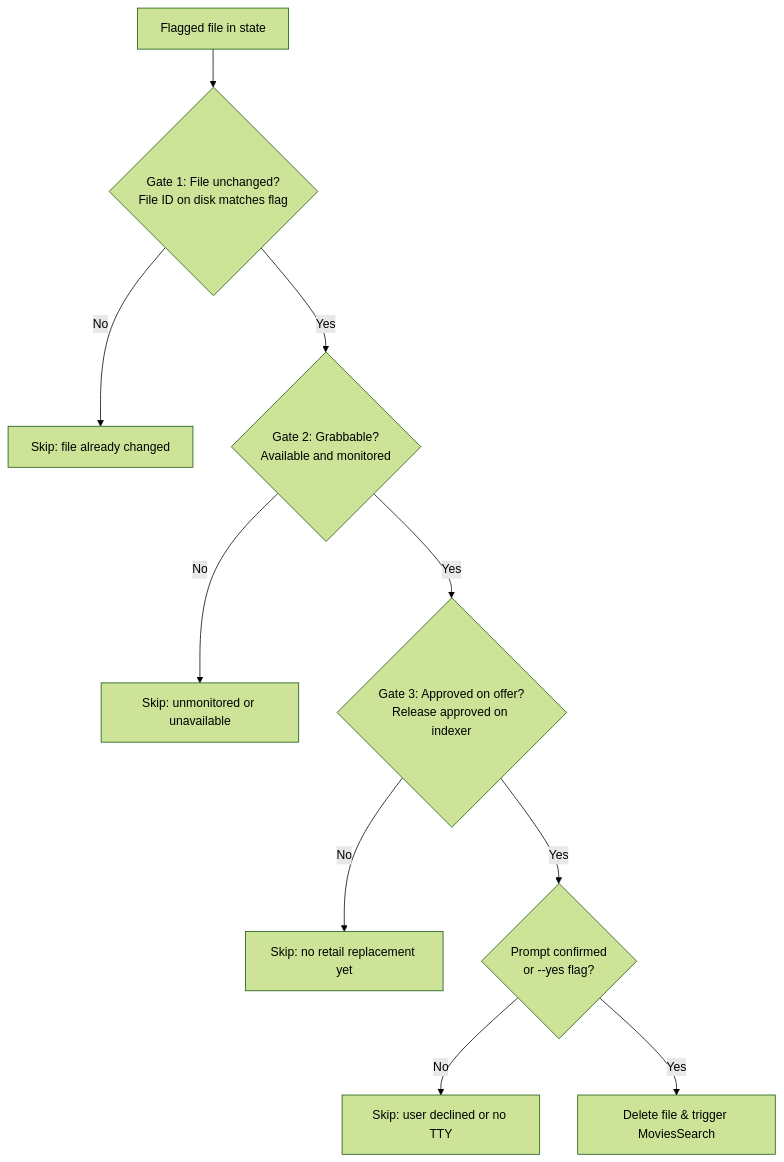
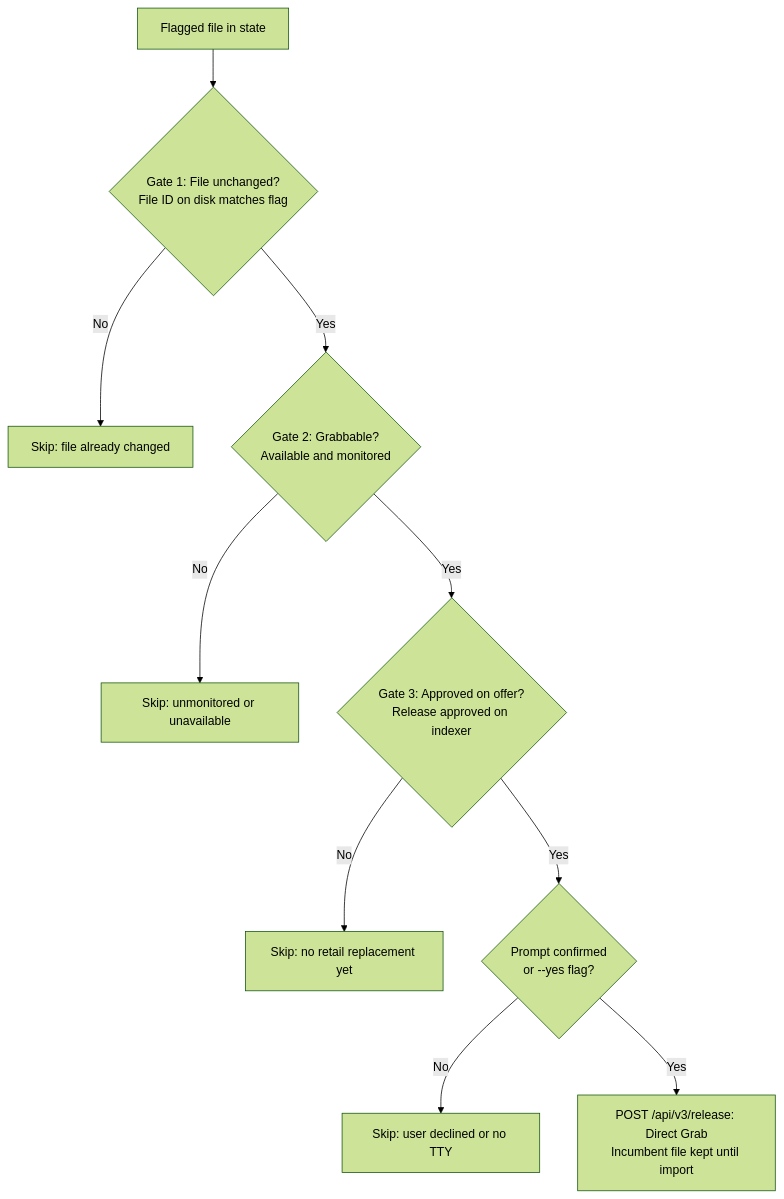
The second of 2 diagrams in README.md (Aresitoo/verifyarr), drawn with Mermaid (forest theme) before and after one commit. The commit also changed other lines of this file and 3 other files, not shown here.

Commit message:
v0.2.0: Implement non-destructive direct grab via POST /api/v3/release

````diff
--- a/README.md
+++ b/README.md
@@ -168,12 +168,12 @@
 ```mermaid
 flowchart TD
     A[Flagged file in state] --> G1{Gate 1: File unchanged?<br>File ID on disk matches flag}
     G1 -- No --> S1[Skip: file already changed]
     G1 -- Yes --> G2{Gate 2: Grabbable?<br>Available and monitored}
     G2 -- No --> S2[Skip: unmonitored or unavailable]
     G2 -- Yes --> G3{Gate 3: Approved on offer?<br>Release approved on indexer}
     G3 -- No --> S3[Skip: no retail replacement yet]
     G3 -- Yes --> P{Prompt confirmed<br>or --yes flag?}
     P -- No --> S4[Skip: user declined or no TTY]
-    P -- Yes --> DEL[Delete file &amp; trigger MoviesSearch]
+    P -- Yes --> GRAB[POST /api/v3/release: Direct Grab<br>Incumbent file kept until import]
 ```
````
